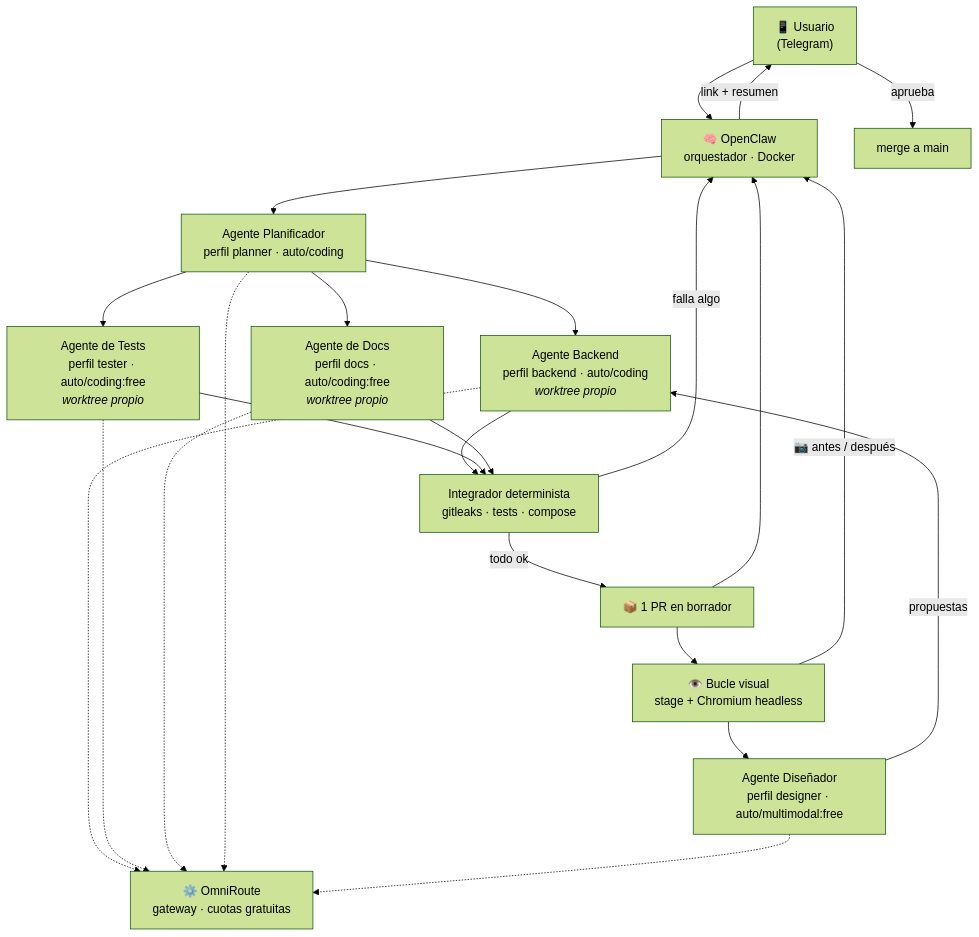
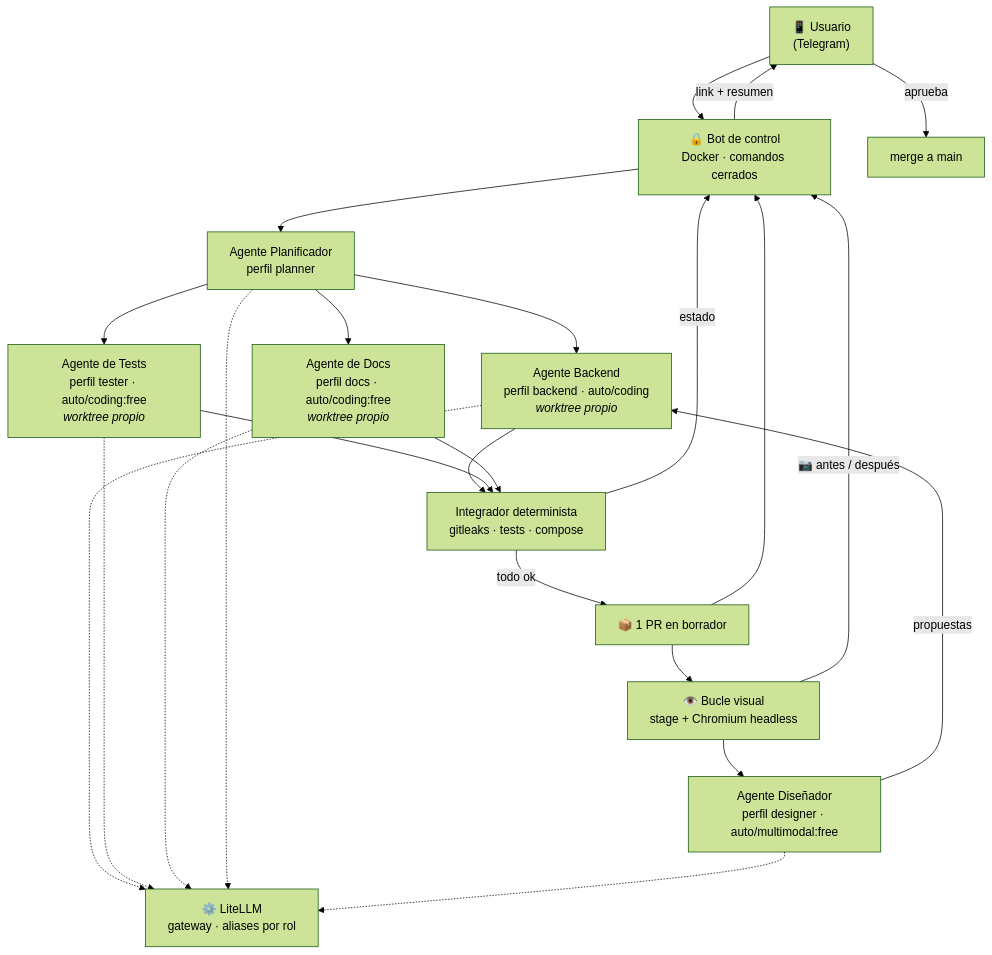
Before and after one commit to marksato13/self-hosted-ai-devops: the diagram in README.md, drawn with Mermaid (forest theme). The commit also changed other lines of this file and 54 other files, not shown here.

````diff
--- a/README.md
+++ b/README.md
@@ -42,27 +42,27 @@
 ```mermaid
 flowchart TD
-    U["📱 Usuario<br/>(Telegram)"] --> OC["🧠 OpenClaw<br/>orquestador · Docker"]
-    OC --> P["Agente Planificador<br/>perfil planner · auto/coding"]
+    U["📱 Usuario<br/>(Telegram)"] --> OC["🔒 Bot de control<br/>Docker · comandos cerrados"]
+    OC --> P["Agente Planificador<br/>perfil planner"]
     P --> B["Agente Backend<br/>perfil backend · auto/coding<br/><i>worktree propio</i>"]
     P --> T["Agente de Tests<br/>perfil tester · auto/coding:free<br/><i>worktree propio</i>"]
     P --> D["Agente de Docs<br/>perfil docs · auto/coding:free<br/><i>worktree propio</i>"]
     B --> R["Integrador determinista<br/>gitleaks · tests · compose"]
     T --> R
     D --> R
-    R -->|falla algo| OC
+    R -->|estado| OC
     R -->|todo ok| PR["📦 1 PR en borrador"]
     PR --> OC
     OC -->|link + resumen| U
     U -->|aprueba| M["merge a main"]
 
     PR --> V["👁️ Bucle visual<br/>stage + Chromium headless"]
     V --> DS["Agente Diseñador<br/>perfil designer · auto/multimodal:free"]
     DS -->|propuestas| B
     V -->|📷 antes / después| OC
 
-    B -.-> LL["⚙️ OmniRoute<br/>gateway · cuotas gratuitas"]
+    B -.-> LL["⚙️ LiteLLM<br/>gateway · aliases por rol"]
     T -.-> LL
     D -.-> LL
     P -.-> LL
     DS -.-> LL
 ```
````
